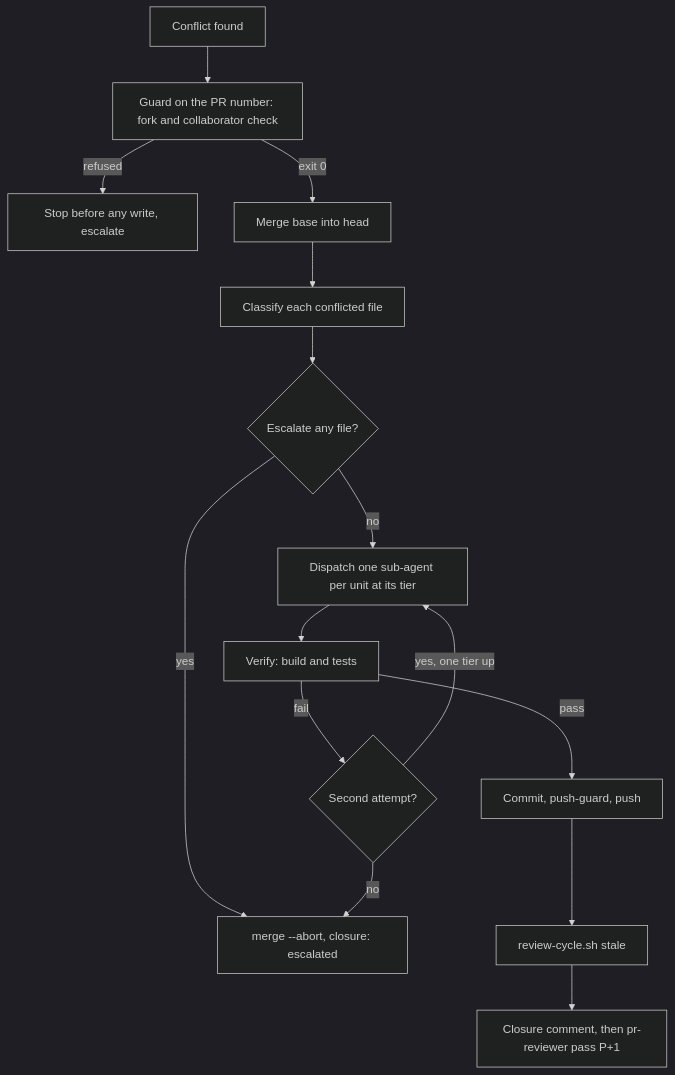
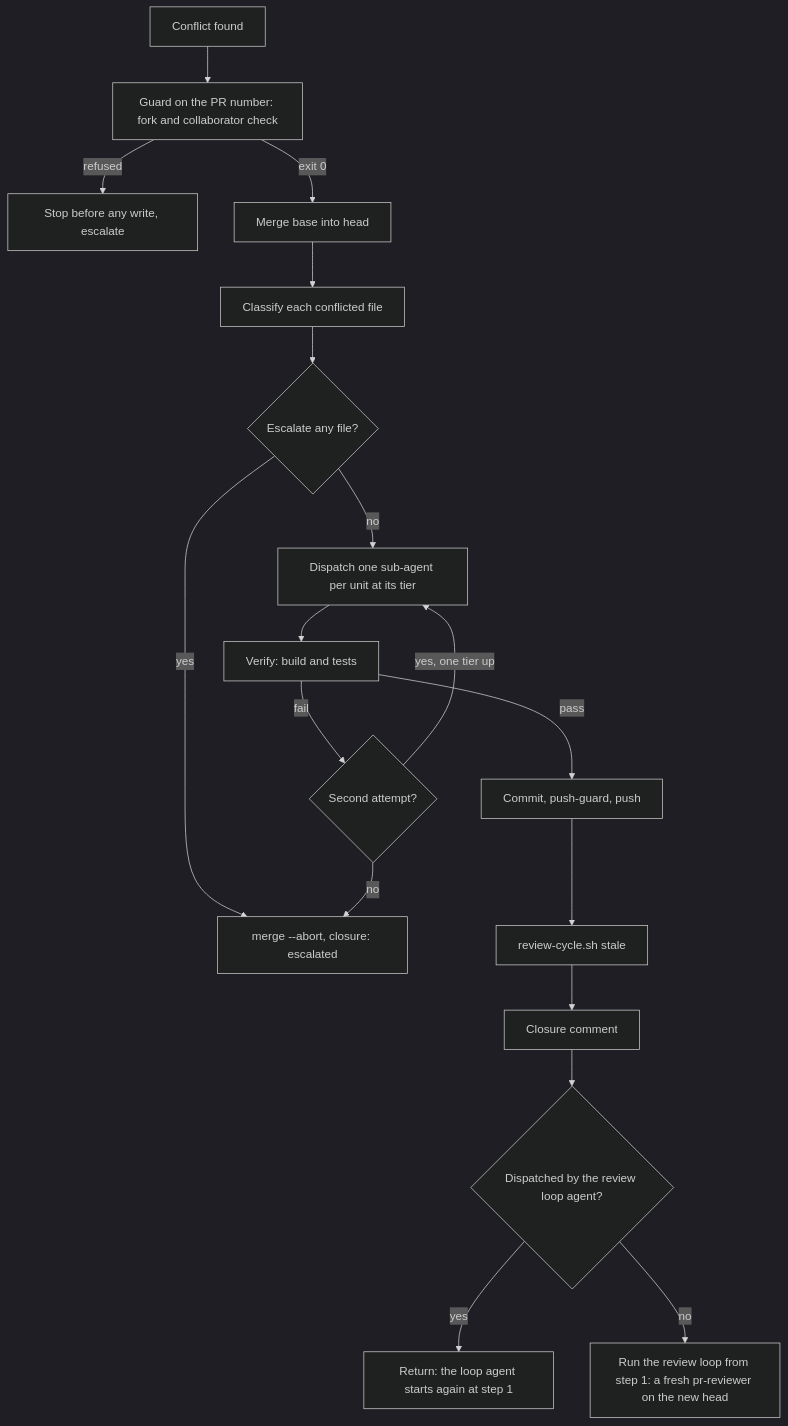
Before and after one commit to jonyfs/pr-reviewer-fixer: the diagram in .agents/skills/pr-merge-fixer/SKILL.md, drawn with Mermaid (dark theme). The commit also changed other lines of this file and 5 other files, not shown here.

First line of the commit message:
pr-merge-fixer: a merge push starts the review loop again, also when a person ran the skill directly

````diff
--- a/.agents/skills/pr-merge-fixer/SKILL.md
+++ b/.agents/skills/pr-merge-fixer/SKILL.md
@@ -94,17 +94,20 @@
 ```mermaid
 flowchart TD
     A[Conflict found] --> C[Guard on the PR number: fork and collaborator check]
     C -->|refused| R[Stop before any write, escalate]
     C -->|exit 0| D[Merge base into head]
     D --> E[Classify each conflicted file]
     E --> F{Escalate any file?}
     F -->|yes| G[merge --abort, closure: escalated]
     F -->|no| H[Dispatch one sub-agent per unit at its tier]
     H --> I[Verify: build and tests]
     I -->|fail| J{Second attempt?}
     J -->|yes, one tier up| H
     J -->|no| G
     I -->|pass| K[Commit, push-guard, push]
     K --> L[review-cycle.sh stale]
-    L --> M[Closure comment, then pr-reviewer pass P+1]
+    L --> M[Closure comment]
+    M --> N{Dispatched by the review loop agent?}
+    N -->|yes| O[Return: the loop agent starts again at step 1]
+    N -->|no| P[Run the review loop from step 1: a fresh pr-reviewer on the new head]
 ```
````
